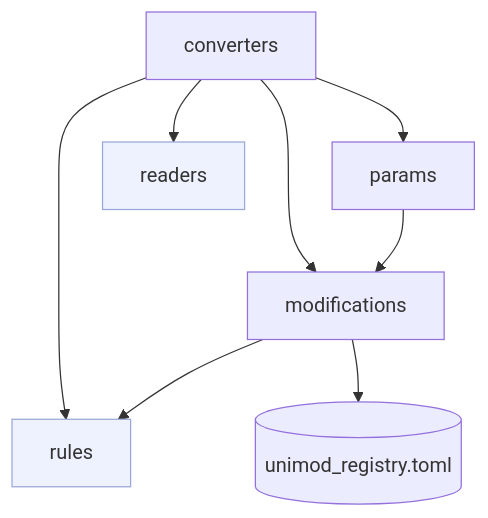
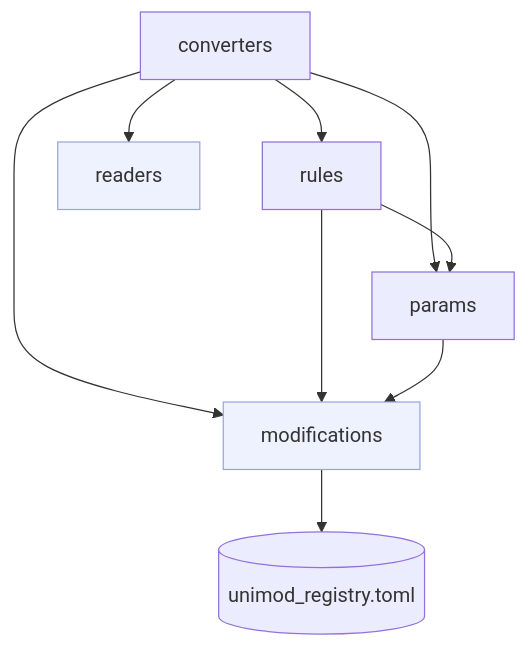
Before and after one commit to anndata-omics-bridge/anndata-proteomics-bridge: the first of 8 diagrams in docs/parsing_architecture.md, drawn with Mermaid. The commit also changed other lines of this file and 81 other files, not shown here.

````diff
--- a/docs/parsing_architecture.md
+++ b/docs/parsing_architecture.md
@@ -24,13 +25,14 @@
 ```mermaid
 flowchart TD
     converters --> params
     converters --> modifications
     converters --> rules
     converters --> readers
+    rules --> params
+    rules --> modifications
     params --> modifications
-    modifications --> rules
     modifications --> unimod[(unimod_registry.toml)]
 
     classDef leaf fill:#eef2ff,stroke:#9aa7d8;
-    class rules,readers leaf;
+    class modifications,readers leaf;
 ```
````
